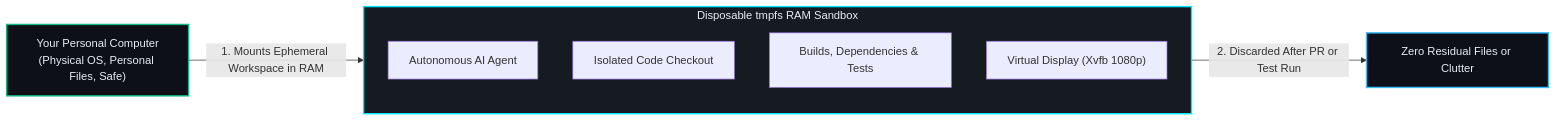
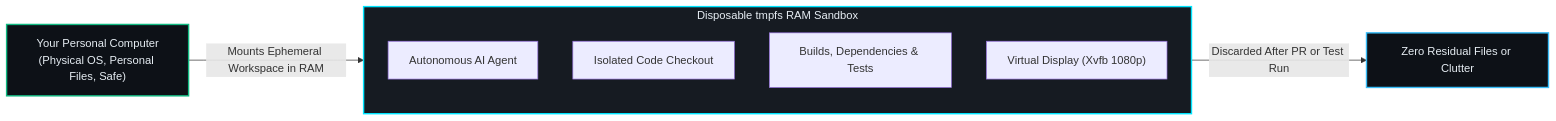
One commit to nddipiazza/robos changed the diagram in docs/training/for-non-developers/04-task-implementer-and-sandboxes.md. Above: the diagram before and after it, drawn with Mermaid. The commit also changed other lines of this file and 9 other files, not shown here.

Commit message:
feat(docs): eliminate count listings, elevate non-developer training quality and add Review Theater architecture diagram

````diff
--- a/docs/training/for-non-developers/04-task-implementer-and-sandboxes.md
+++ b/docs/training/for-non-developers/04-task-implementer-and-sandboxes.md
@@ -32,18 +32,18 @@
 ```mermaid
 flowchart LR
     Host["Your Personal Computer<br/>(Physical OS, Personal Files, Safe)"]
     
     subgraph Sandbox ["Disposable tmpfs RAM Sandbox"]
         Agent["Autonomous AI Agent"]
         Code["Isolated Code Checkout"]
         Build["Builds, Dependencies & Tests"]
         Screen["Virtual Display (Xvfb 1080p)"]
     end
     
-    Host -- "1. Mounts Ephemeral Workspace in RAM" --> Sandbox
-    Sandbox -- "2. Discarded After PR or Test Run" --> Clean["Zero Residual Files or Clutter"]
+    Host -- "Mounts Ephemeral Workspace in RAM" --> Sandbox
+    Sandbox -- "Discarded After PR or Test Run" --> Clean["Zero Residual Files or Clutter"]
     
     style Host fill:#0d1117,stroke:#10b981,stroke-width:2px,color:#e6edf3
     style Sandbox fill:#161b22,stroke:#00e5ff,stroke-width:2px,color:#e6edf3
     style Clean fill:#0d1117,stroke:#38bdf8,stroke-width:2px,color:#e6edf3
 ```
````
